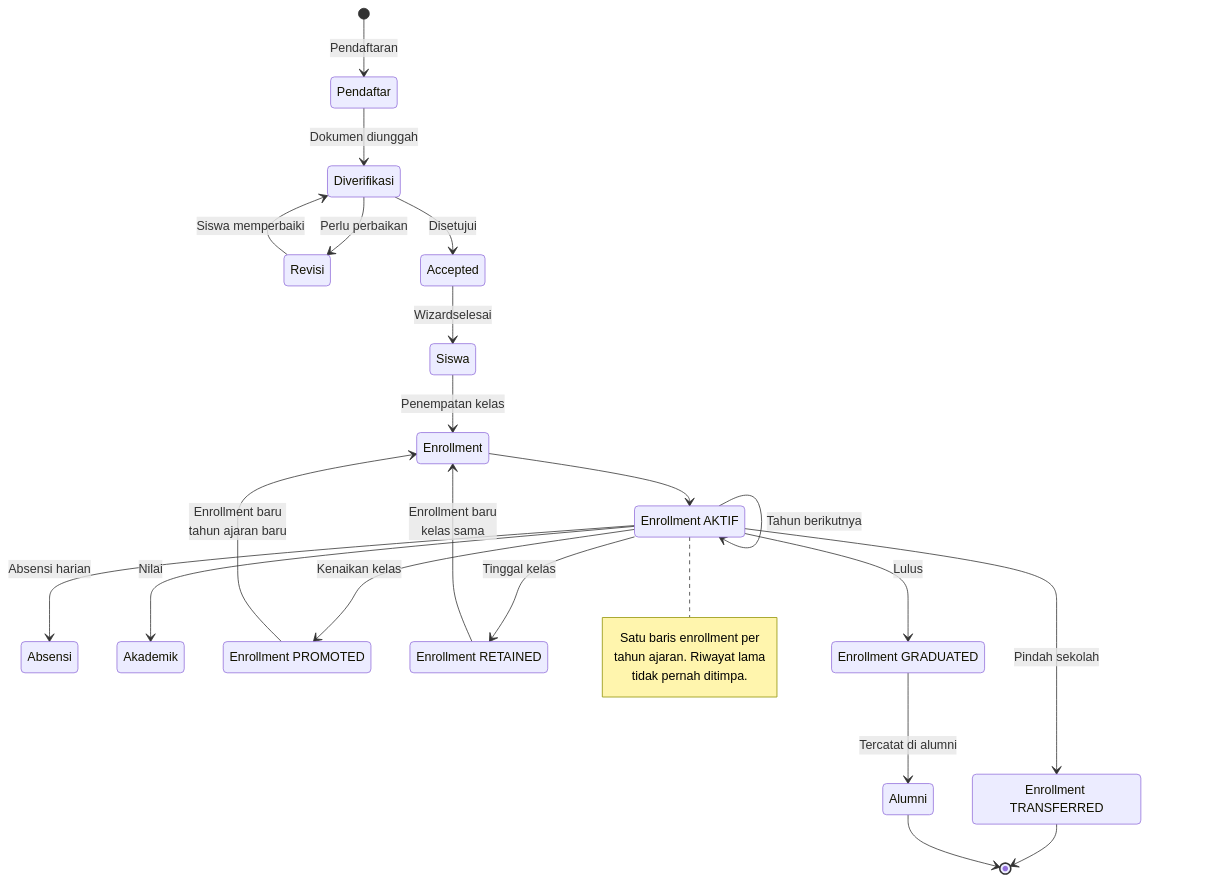
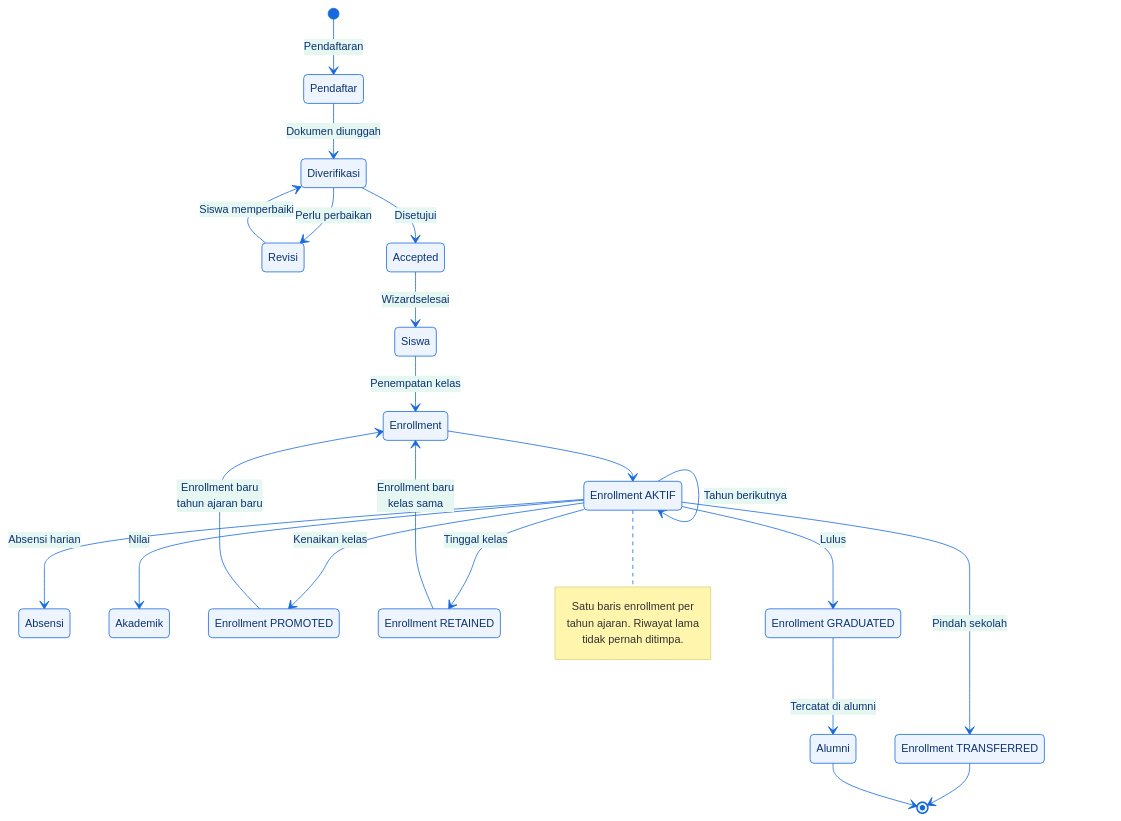
Before and after one commit to pujosety/Sistem-Informasi-Data-Siswa: the diagram in docs/diagrams/student-lifecycle.mmd, drawn with Mermaid. The commit also changed 77 other files, not shown here.

```diff
--- a/docs/diagrams/student-lifecycle.mmd
+++ b/docs/diagrams/student-lifecycle.mmd
@@ -1,39 +1,47 @@
-%% Student academic lifecycle — one identity, many enrollments.
+%% SIDA brand theme — deep navy anchor, royal blue accent, teal for
+%% progress. Semantic meaning is preserved: success stays green,
+%% warning amber, danger red.
+%%{init: {"theme": "base", "themeVariables": {"primaryColor": "#eef4fd", "primaryTextColor": "#0b3375", "primaryBorderColor": "#1668dc", "lineColor": "#1668dc", "secondaryColor": "#e6f7f2", "tertiaryColor": "#f5f7fb", "fontFamily": "Inter, ui-sans-serif, system-ui, sans-serif", "fontSize": "14px"}}}%%
+
+%% progress. Semantic meaning is preserved: success stays green, warning
+%% amber, danger red. Only the chrome takes the brand colour.
+
+
 stateDiagram-v2
     [*] --> Pendaftar: Pendaftaran
     Pendaftar --> Diverifikasi: Dokumen diunggah
     Diverifikasi --> Revisi: Perlu perbaikan
     Revisi --> Diverifikasi: Siswa memperbaiki
     Diverifikasi --> Accepted: Disetujui
 
     Accepted --> Siswa: Wizardselesai
     Siswa --> Enrollment: Penempatan kelas
 
     state "Enrollment AKTIF" as E1
     Enrollment --> E1
     E1 --> Absensi: Absensi harian
     E1 --> Akademik: Nilai
     E1 --> E1: Tahun berikutnya
 
     state "Enrollment PROMOTED" as E2
     E1 --> E2: Kenaikan kelas
     E2 --> Enrollment: Enrollment baru<br/>tahun ajaran baru
 
     state "Enrollment RETAINED" as E3
     E1 --> E3: Tinggal kelas
     E3 --> Enrollment: Enrollment baru<br/>kelas sama
 
     state "Enrollment TRANSFERRED" as E4
     E1 --> E4: Pindah sekolah
     E4 --> [*]
 
     state "Enrollment GRADUATED" as E5
     E1 --> E5: Lulus
     E5 --> Alumni: Tercatat di alumni
     Alumni --> [*]
 
     note right of E1
         Satu baris enrollment per
         tahun ajaran. Riwayat lama
         tidak pernah ditimpa.
     end note
```
